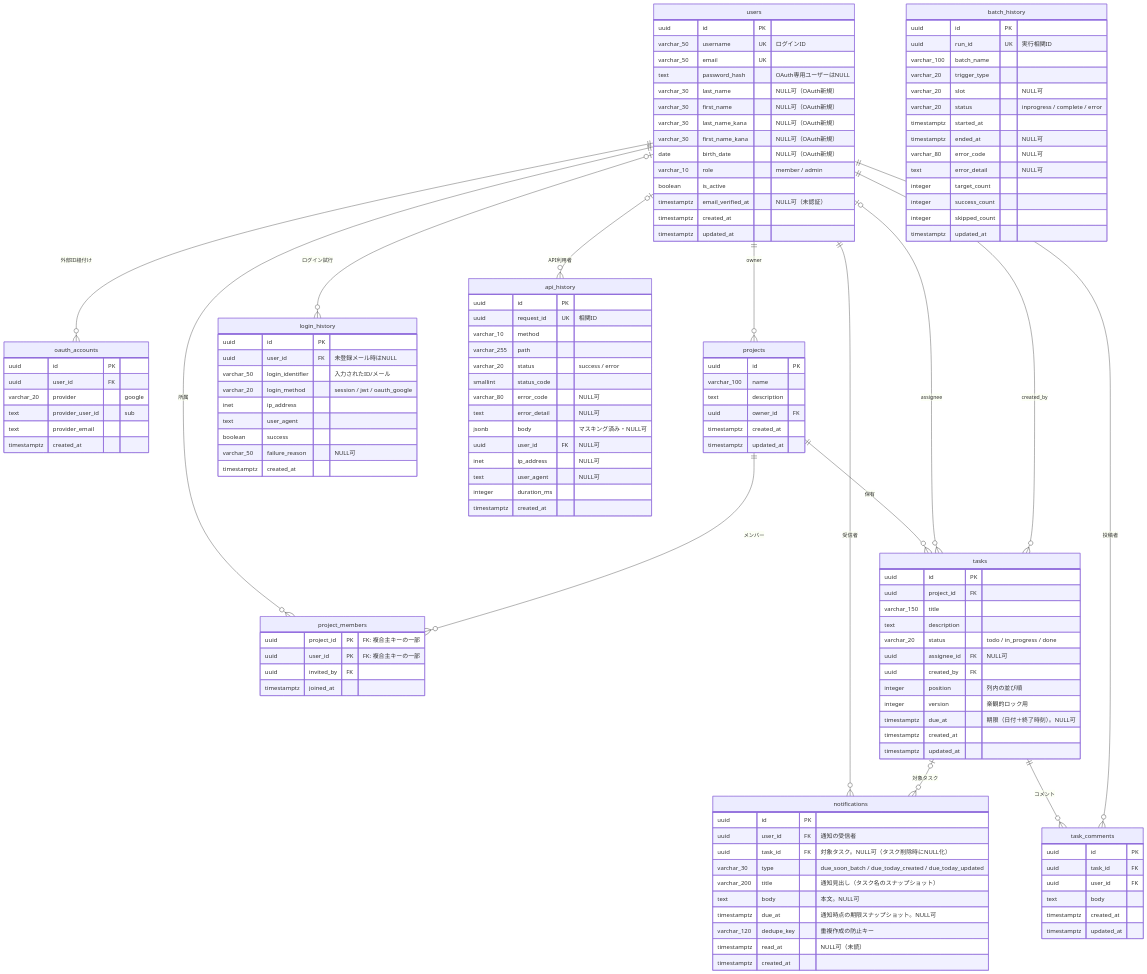
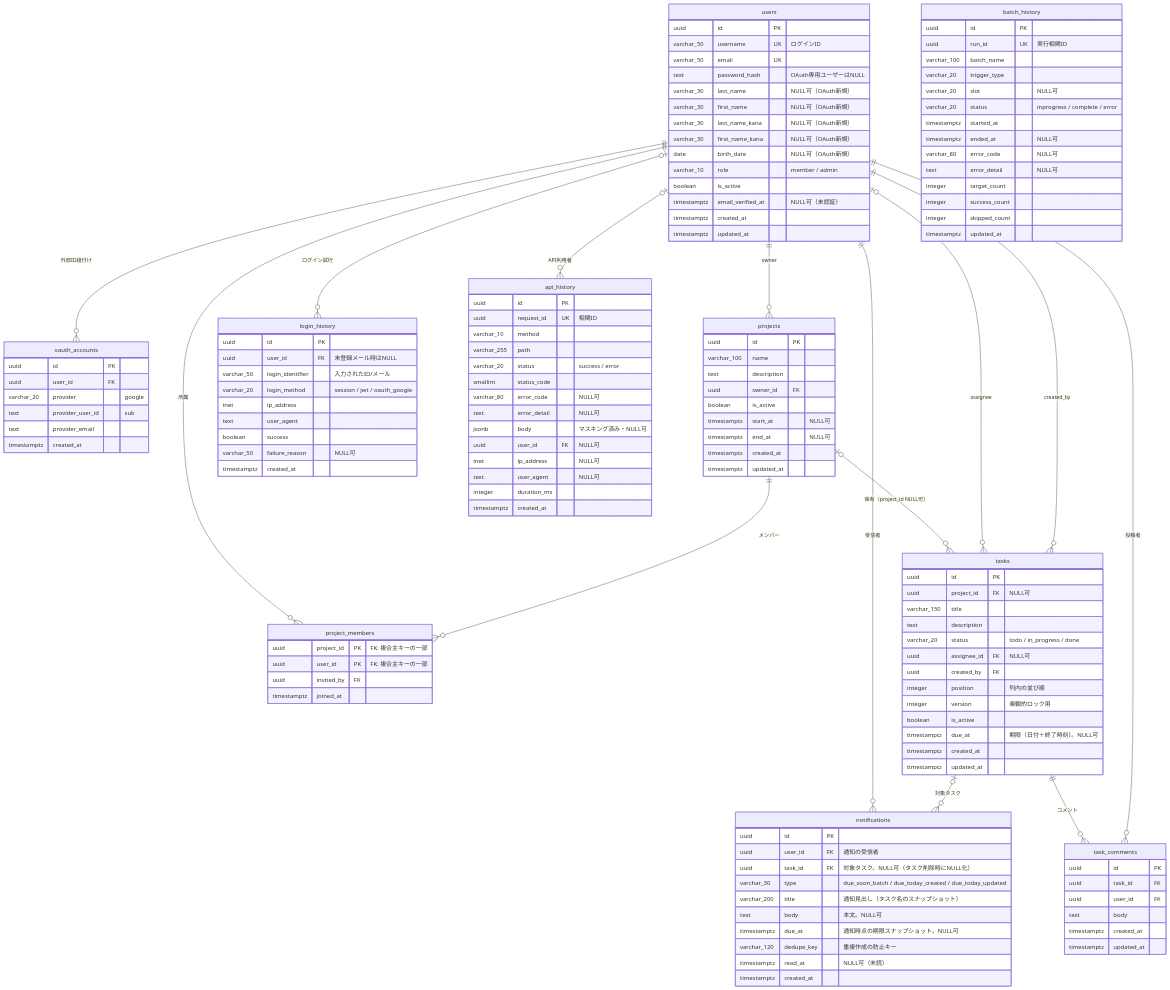
Before and after one commit to oikawa-d/task_management: the first of 6 diagrams in basic_design/01_database.md, drawn with Mermaid. The commit also changed other lines of this file and 25 other files, not shown here.

```diff
--- a/basic_design/01_database.md
+++ b/basic_design/01_database.md
@@ -24,7 +24,7 @@
     users ||--o{ projects : "owner"
     users ||--o{ project_members : "所属"
     projects ||--o{ project_members : "メンバー"
-    projects ||--o{ tasks : "保有"
+    projects |o--o{ tasks : "保有（project_id NULL可）"
     users |o--o{ tasks : "assignee"
     users ||--o{ tasks : "created_by"
     tasks ||--o{ task_comments : "コメント"
@@ -63,6 +63,9 @@
         varchar_100 name
         text description
         uuid owner_id FK
+        boolean is_active
+        timestamptz start_at "NULL可"
+        timestamptz end_at "NULL可"
         timestamptz created_at
         timestamptz updated_at
     }
@@ -74,7 +77,7 @@
     }
     tasks {
         uuid id PK
-        uuid project_id FK
+        uuid project_id FK "NULL可"
         varchar_150 title
         text description
         varchar_20 status "todo / in_progress / done"
@@ -82,6 +85,7 @@
         uuid created_by FK
         integer position "列内の並び順"
         integer version "楽観的ロック用"
+        boolean is_active
         timestamptz due_at "期限（日付＋終了時刻）。NULL可"
         timestamptz created_at
         timestamptz updated_at
```
